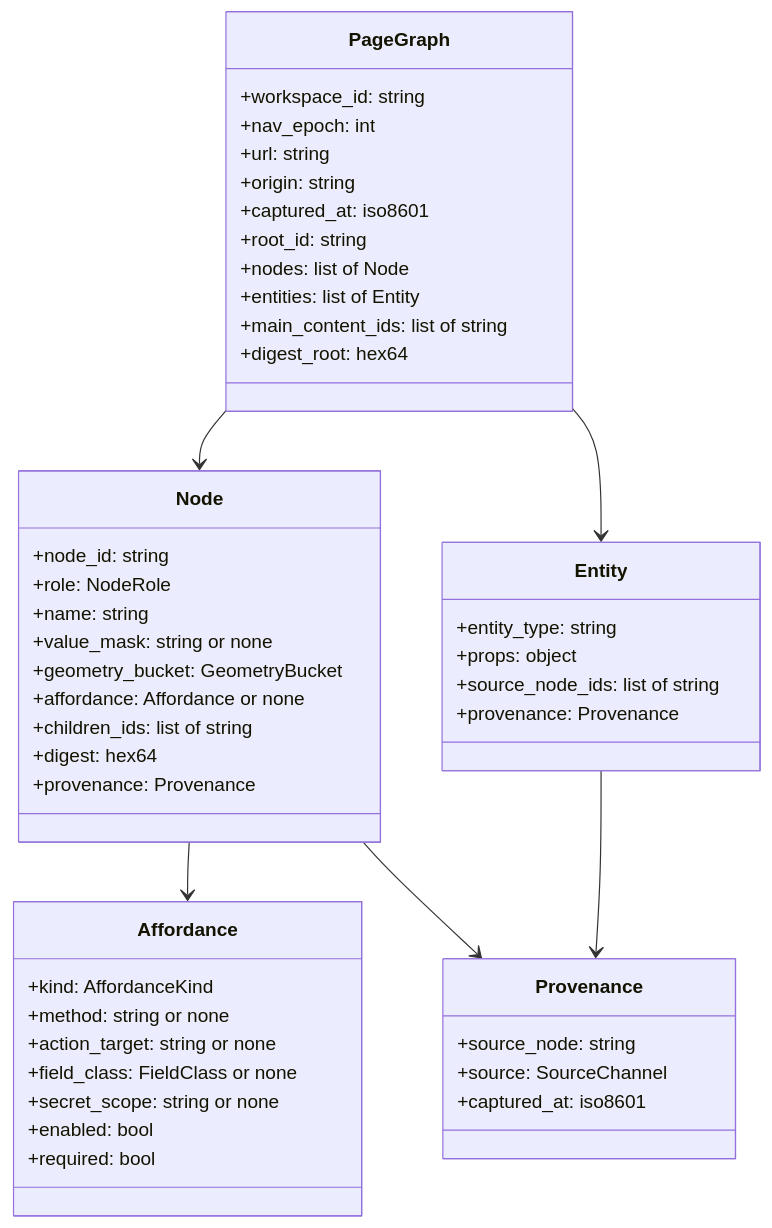
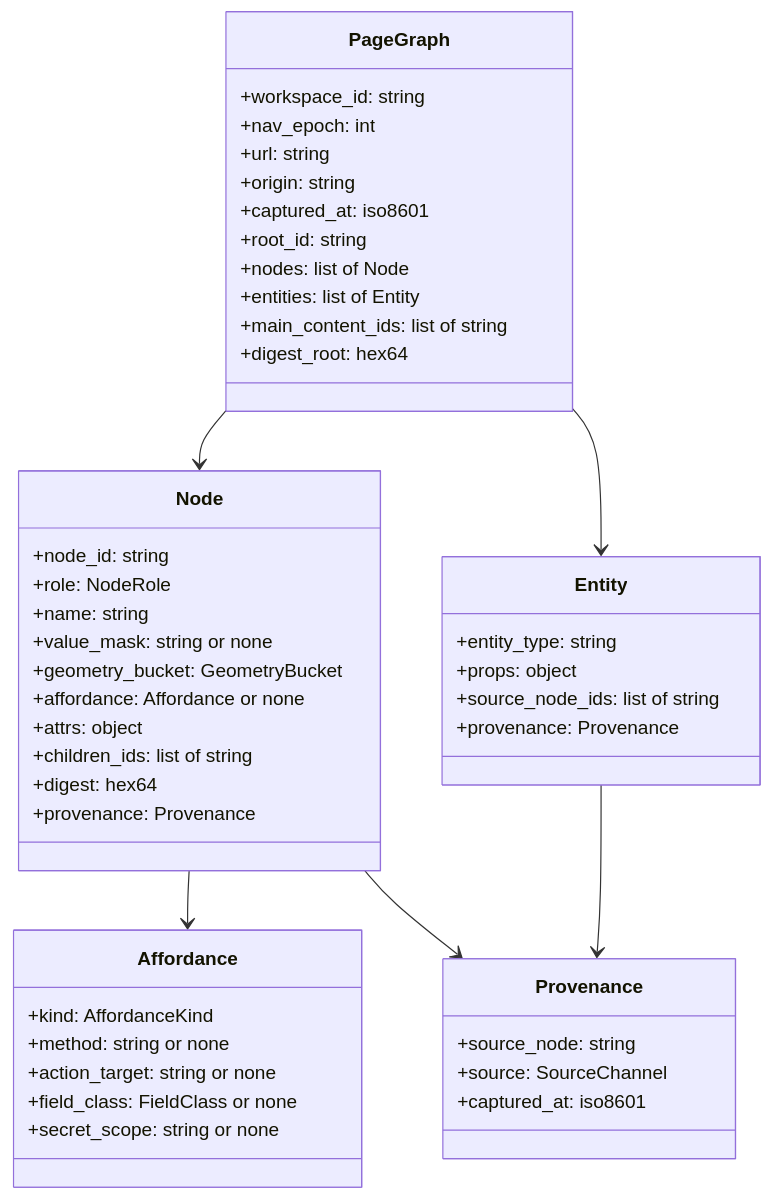
Before and after one commit to febufenn-cyber/drawing-office-v2: the second of 10 diagrams in designs/pagegraph-perception-model/LLD.md, drawn with Mermaid. The commit also changed other lines of this file and 1 other file, not shown here.

````diff
--- a/designs/pagegraph-perception-model/LLD.md
+++ b/designs/pagegraph-perception-model/LLD.md
@@ -73,51 +73,50 @@
 ```mermaid
 classDiagram
     class PageGraph {
         +workspace_id: string
         +nav_epoch: int
         +url: string
         +origin: string
         +captured_at: iso8601
         +root_id: string
         +nodes: list of Node
         +entities: list of Entity
         +main_content_ids: list of string
         +digest_root: hex64
     }
     class Node {
         +node_id: string
         +role: NodeRole
         +name: string
         +value_mask: string or none
         +geometry_bucket: GeometryBucket
         +affordance: Affordance or none
+        +attrs: object
         +children_ids: list of string
         +digest: hex64
         +provenance: Provenance
     }
     class Affordance {
         +kind: AffordanceKind
         +method: string or none
         +action_target: string or none
         +field_class: FieldClass or none
         +secret_scope: string or none
-        +enabled: bool
-        +required: bool
     }
     class Entity {
         +entity_type: string
         +props: object
         +source_node_ids: list of string
         +provenance: Provenance
     }
     class Provenance {
         +source_node: string
         +source: SourceChannel
         +captured_at: iso8601
     }
     PageGraph --> Node
     PageGraph --> Entity
     Node --> Affordance
     Node --> Provenance
     Entity --> Provenance
 ```
````
